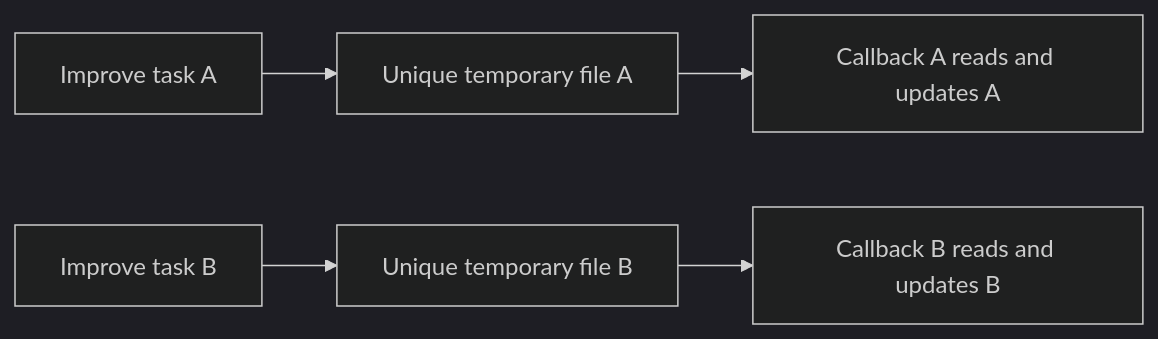
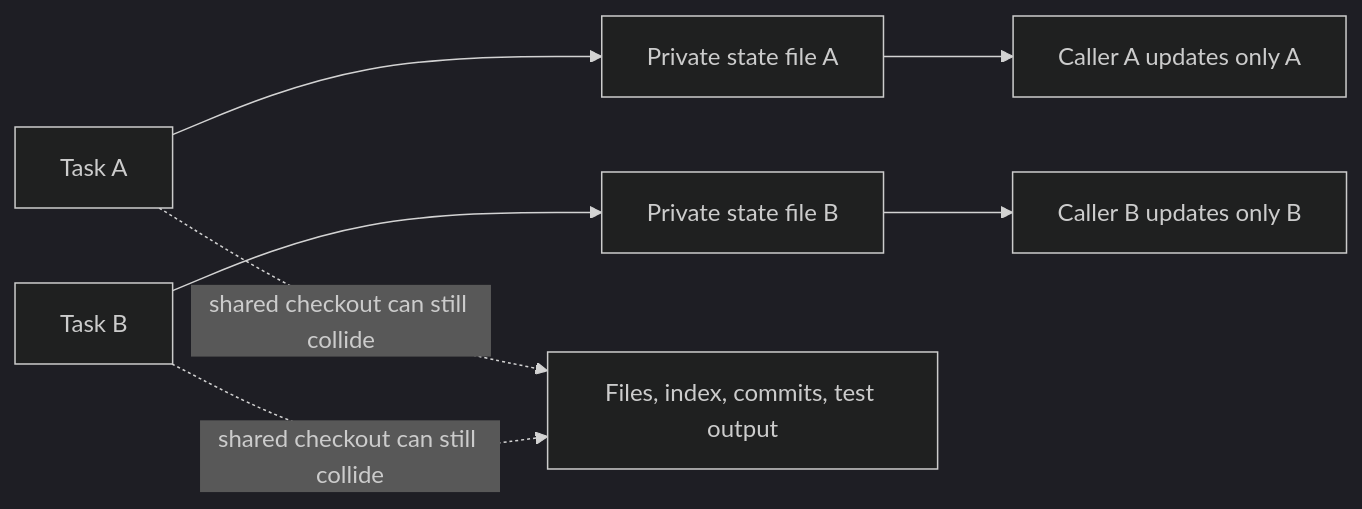
Before and after one commit to whichguy/until-loop: the sixth of 6 diagrams in README.md, drawn with Mermaid (dark theme). The commit also changed other lines of this file and 3 other files, not shown here.

````diff
--- a/README.md
+++ b/README.md
@@ -239,7 +332,9 @@
 ```mermaid
 flowchart LR
-    A[Improve task A] --> FA[Unique temporary file A]
-    B[Improve task B] --> FB[Unique temporary file B]
-    FA --> CA[Callback A reads and updates A]
-    FB --> CB[Callback B reads and updates B]
+    A[Task A] --> SA[Private state file A]
+    B[Task B] --> SB[Private state file B]
+    SA --> CA[Caller A updates only A]
+    SB --> CB[Caller B updates only B]
+    A -. shared checkout can still collide .-> G[Files, index, commits, test output]
+    B -. shared checkout can still collide .-> G
 ```
````
